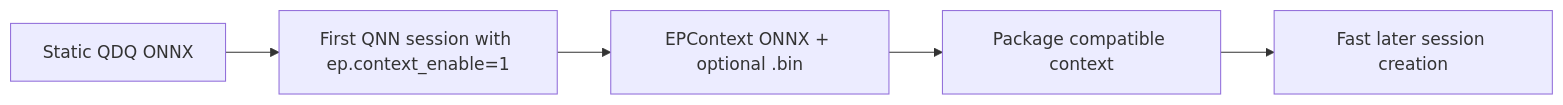
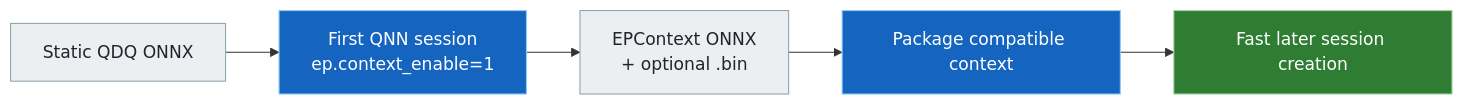
The fourth of 5 diagrams in Qualcomm/README.md (DakeQQ/Tutorial-ONNX-Runtime-Execution-Providers), drawn with Mermaid before and after one commit. The commit also changed other lines of this file and 1 other file, not shown here.

````diff
--- a/Qualcomm/README.md
+++ b/Qualcomm/README.md
@@ -653,7 +821,13 @@
 ```mermaid
 flowchart LR
-    A[Static QDQ ONNX] --> B[First QNN session with ep.context_enable=1]
-    B --> C[EPContext ONNX + optional .bin]
-    C --> D[Package compatible context]
-    D --> E[Fast later session creation]
+    A["Static QDQ ONNX"] --> B["First QNN session<br/>ep.context_enable=1"]
+    B --> C["EPContext ONNX<br/>+ optional .bin"]
+    C --> D["Package compatible context"]
+    D --> E["Fast later session creation"]
+
+    style A fill:#eceff1,stroke:#90a4ae,color:#20242b
+    style B fill:#1565c0,stroke:#90caf9,color:#ffffff
+    style C fill:#eceff1,stroke:#90a4ae,color:#20242b
+    style D fill:#1565c0,stroke:#90caf9,color:#ffffff
+    style E fill:#2e7d32,stroke:#a5d6a7,color:#ffffff
 ```
````
